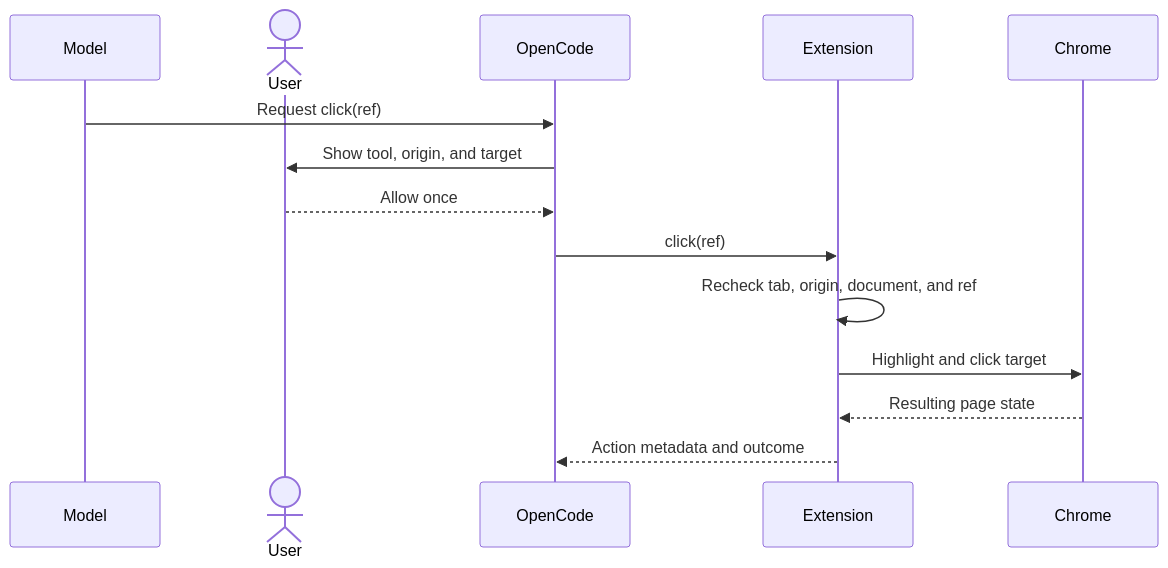
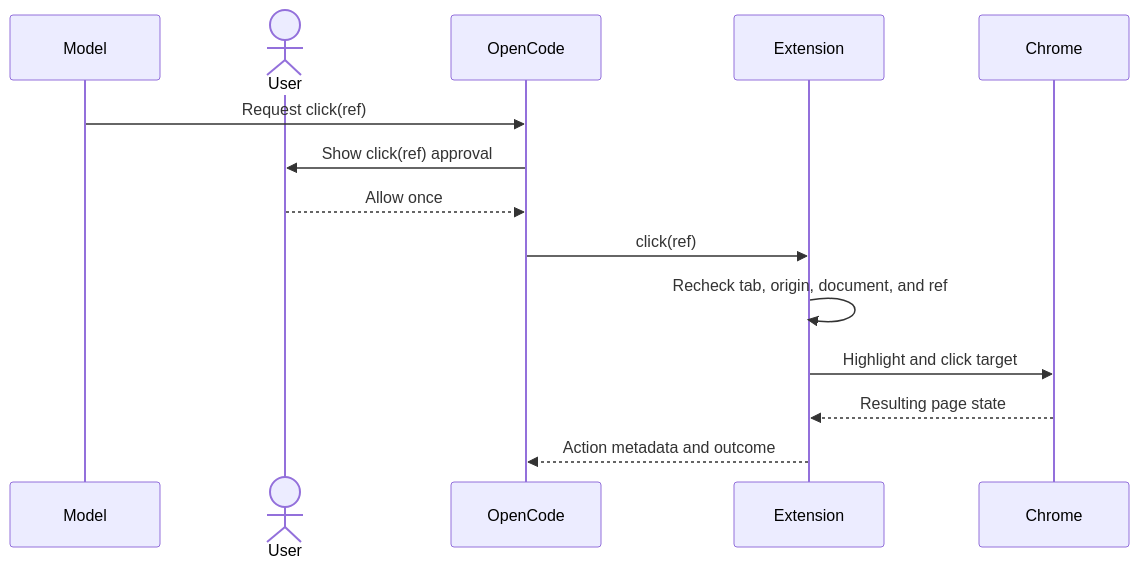
Before and after one commit to G10hdz/Opencode-chrome: the fourth of 4 diagrams in docs/ARCHITECTURE.md, drawn with Mermaid. The commit also changed other lines of this file, not shown here.

Commit message:
docs: align architecture with runtime contracts

````diff
--- a/docs/ARCHITECTURE.md
+++ b/docs/ARCHITECTURE.md
@@ -258,17 +259,17 @@
 ```mermaid
 sequenceDiagram
     participant Model
     actor User
     participant OpenCode
     participant Extension
     participant Chrome
 
     Model->>OpenCode: Request click(ref)
-    OpenCode->>User: Show tool, origin, and target
+    OpenCode->>User: Show click(ref) approval
     User-->>OpenCode: Allow once
     OpenCode->>Extension: click(ref)
     Extension->>Extension: Recheck tab, origin, document, and ref
     Extension->>Chrome: Highlight and click target
     Chrome-->>Extension: Resulting page state
     Extension-->>OpenCode: Action metadata and outcome
 ```
````
